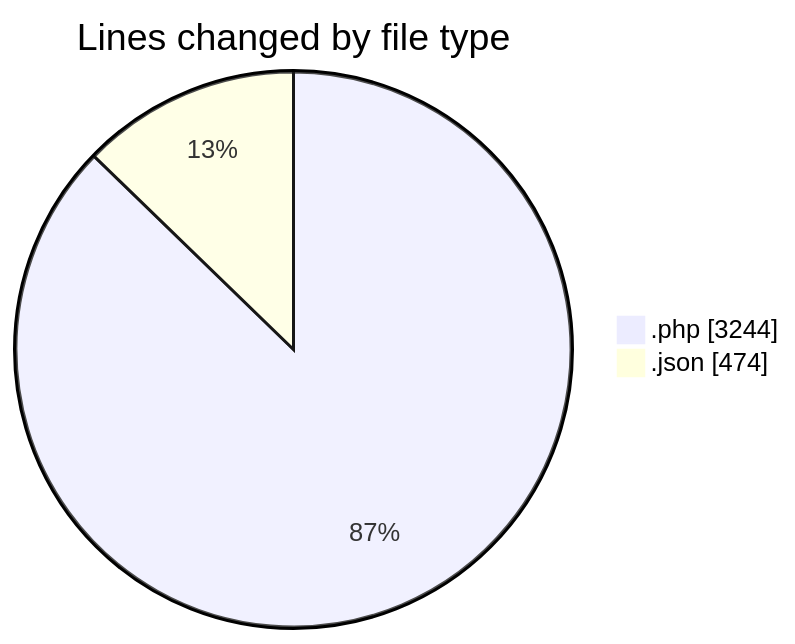
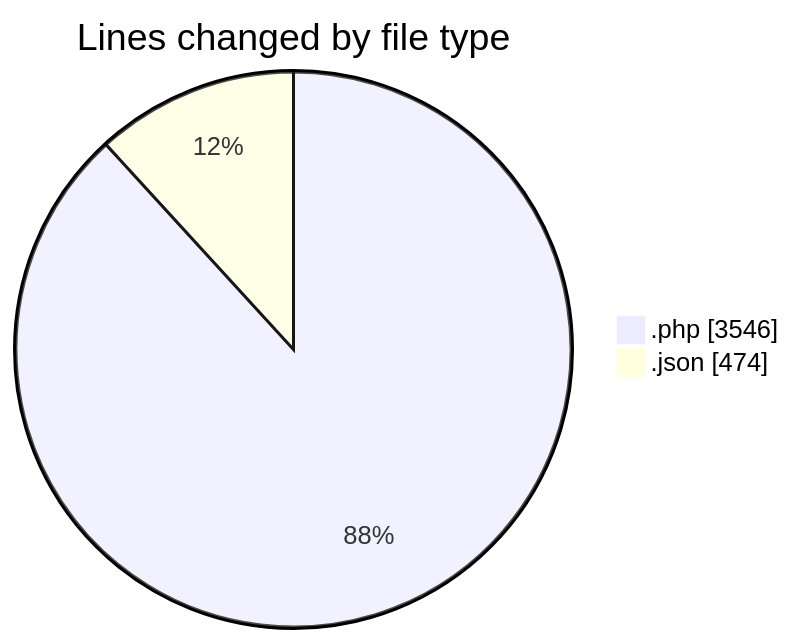
One commit to idhammustaqopulfikri/code-tracking changed the first of 2 diagrams in 2025-06-16/studio-backend/README.md. Above: the diagram before and after it, drawn with Mermaid. The commit also changed other lines of this file and 1 other file, not shown here.

````diff
--- a/2025-06-16/studio-backend/README.md
+++ b/2025-06-16/studio-backend/README.md
@@ -36,6 +36,6 @@
 ```mermaid
 pie showData
 title Lines changed by file type
-".php" : 3244
+".php" : 3546
 ".json" : 474
 ```
````
